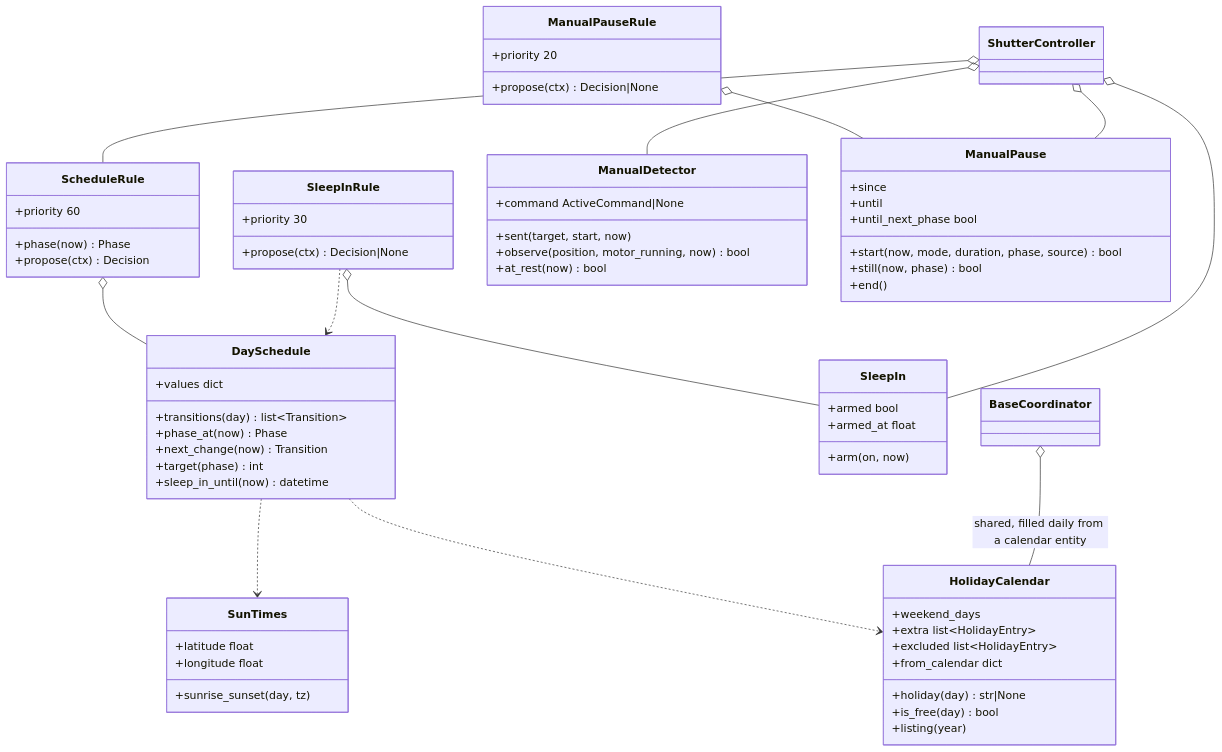
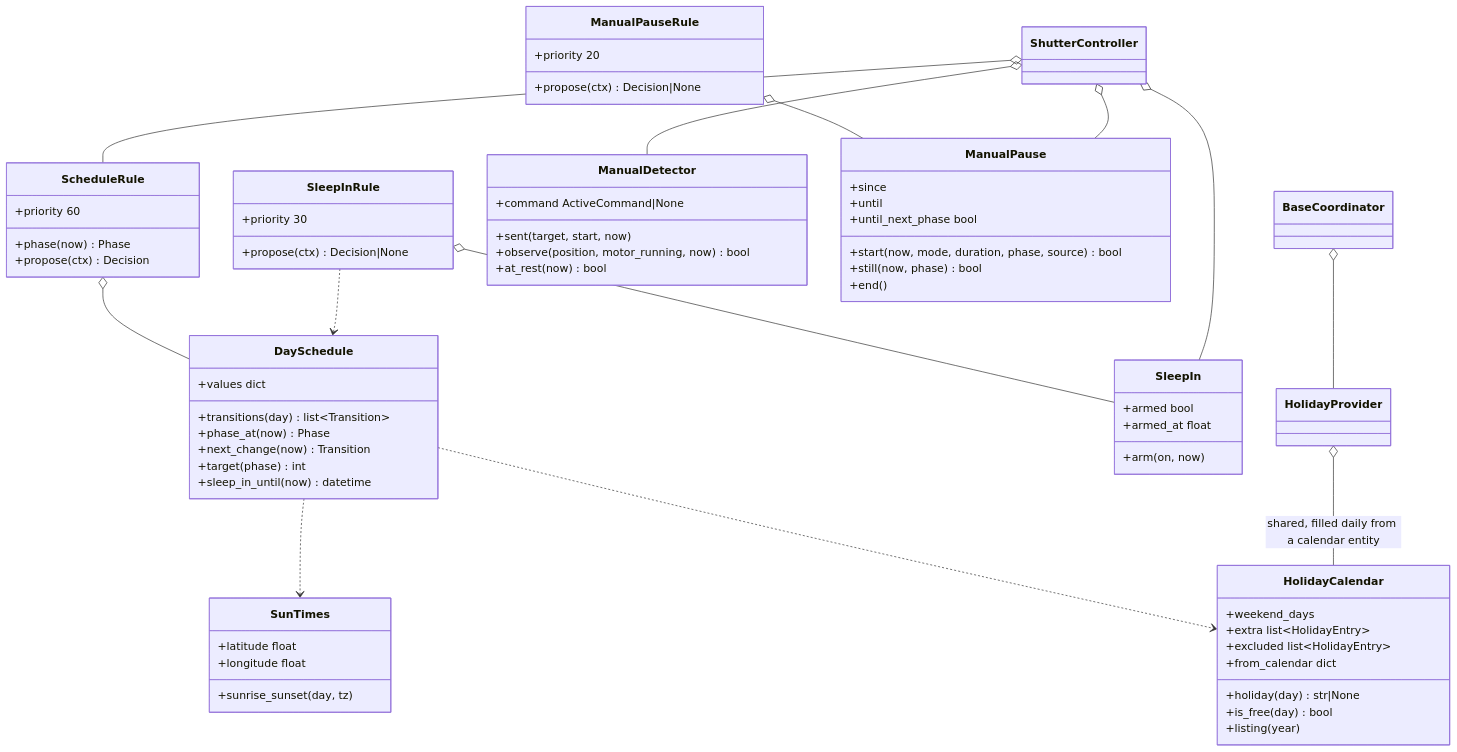
One commit to abroeders/smart-shutter-control changed diagram 14 of 45 in docs/architecture.md. Above: the diagram before and after it, drawn with Mermaid. The commit also changed other lines of this file and 6 other files, not shown here.

Commit message:
refactor(coordinator): forecast and holiday providers out of BaseCoordinator (#98)

````diff
--- a/docs/architecture.md
+++ b/docs/architecture.md
@@ -561,69 +561,70 @@
 ```mermaid
 classDiagram
     direction TB
     class DaySchedule {
         +values dict
         +transitions(day) list~Transition~
         +phase_at(now) Phase
         +next_change(now) Transition
         +target(phase) int
         +sleep_in_until(now) datetime
     }
     class SunTimes {
         +latitude float
         +longitude float
         +sunrise_sunset(day, tz)
     }
     class HolidayCalendar {
         +weekend_days
         +extra list~HolidayEntry~
         +excluded list~HolidayEntry~
         +from_calendar dict
         +holiday(day) str|None
         +is_free(day) bool
         +listing(year)
     }
     class ScheduleRule {
         +priority 60
         +phase(now) Phase
         +propose(ctx) Decision
     }
     class SleepIn {
         +armed bool
         +armed_at float
         +arm(on, now)
     }
     class SleepInRule {
         +priority 30
         +propose(ctx) Decision|None
     }
     class ManualDetector {
         +command ActiveCommand|None
         +sent(target, start, now)
         +observe(position, motor_running, now) bool
         +at_rest(now) bool
     }
     class ManualPause {
         +since
         +until
         +until_next_phase bool
         +start(now, mode, duration, phase, source) bool
         +still(now, phase) bool
         +end()
     }
     class ManualPauseRule {
         +priority 20
         +propose(ctx) Decision|None
     }
     DaySchedule ..> SunTimes
     DaySchedule ..> HolidayCalendar
     ScheduleRule o-- DaySchedule
     SleepInRule o-- SleepIn
     SleepInRule ..> DaySchedule
     ManualPauseRule o-- ManualPause
     ShutterController o-- ManualDetector
     ShutterController o-- ManualPause
     ShutterController o-- ScheduleRule
     ShutterController o-- SleepIn
-    BaseCoordinator o-- HolidayCalendar : shared, filled daily from a calendar entity
+    HolidayProvider o-- HolidayCalendar : shared, filled daily from a calendar entity
+    BaseCoordinator o-- HolidayProvider
 ```
````
